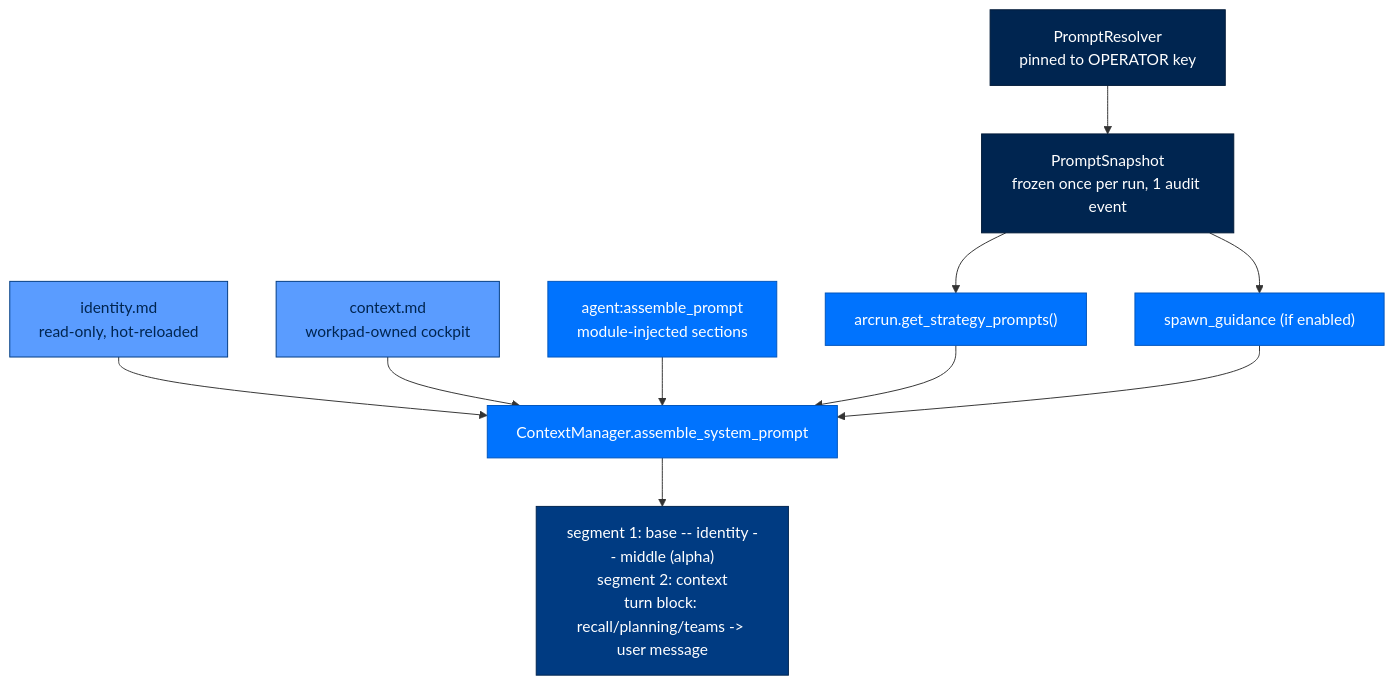
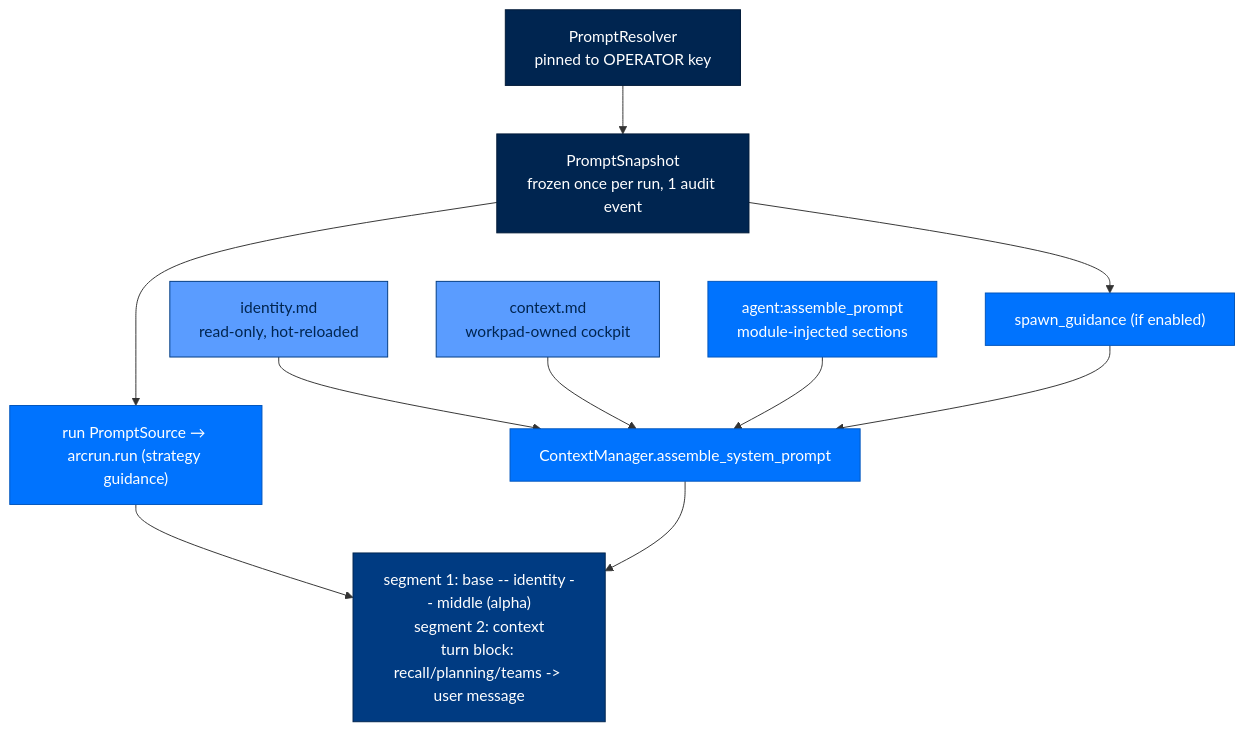
Before and after one commit to joshuamschultz/Arc: the second of 5 diagrams in docs/walkthrough/06-prompts-tools-skills.md, drawn with Mermaid. The commit also changed other lines of this file and 214 other files, not shown here.

````diff
--- a/docs/walkthrough/06-prompts-tools-skills.md
+++ b/docs/walkthrough/06-prompts-tools-skills.md
@@ -123,22 +129,22 @@
 ```mermaid
 flowchart TB
     R["PromptResolver<br/>pinned to OPERATOR key"] --> S["PromptSnapshot<br/>frozen once per run, 1 audit event"]
-    S --> STRAT["arcrun.get_strategy_prompts()"]
+    S --> STRAT["run PromptSource → arcrun.run (strategy guidance)"]
     S --> SPAWN["spawn_guidance (if enabled)"]
     ID["identity.md<br/>read-only, hot-reloaded"] --> ASM
     CTX["context.md<br/>workpad-owned cockpit"] --> ASM
     BUS["agent:assemble_prompt<br/>module-injected sections"] --> ASM["ContextManager.assemble_system_prompt"]
-    STRAT --> ASM
+    STRAT --> OUT
     SPAWN --> ASM
     ASM --> OUT["segment 1: base -- identity -- middle (alpha)<br/>segment 2: context<br/>turn block: recall/planning/teams -> user message"]
     class R,S found
     class STRAT,SPAWN,BUS,ASM agent
     class ID,CTX surface
     class OUT llm
     classDef entry   fill:#D6E6FF,stroke:#0073FE,color:#002550
     classDef surface fill:#5A9CFF,stroke:#003B82,color:#002550
     classDef agent   fill:#0073FE,stroke:#0055BC,color:#FFFFFF
     classDef runtime fill:#0055BC,stroke:#003B82,color:#FFFFFF
     classDef llm     fill:#003B82,stroke:#002550,color:#FFFFFF
     classDef found   fill:#002550,stroke:#001A38,color:#FFFFFF
 ```
````
